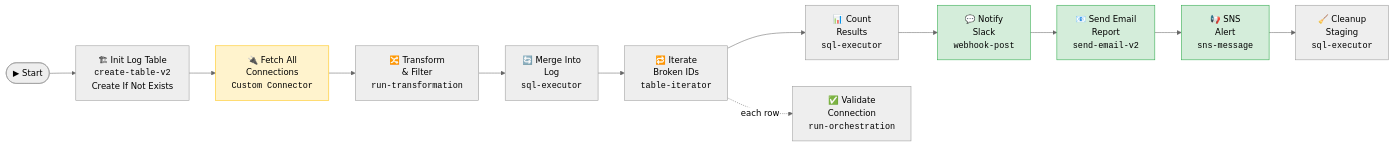
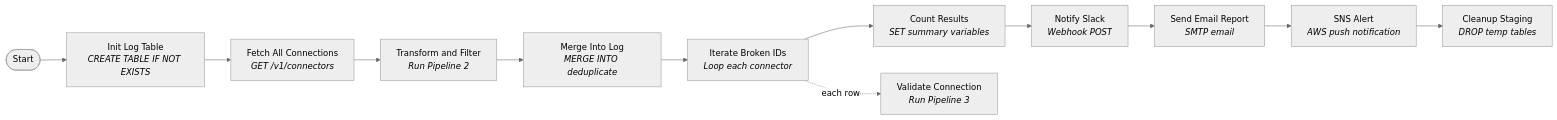
The sixth of 13 diagrams in README.md (AvinashAnalytics/matillion-fivetran-tls-auto-fix), drawn with Mermaid (neutral theme) before and after one commit. The commit also changed other lines of this file, not shown here.

````diff
--- a/README.md
+++ b/README.md
@@ -554,20 +616,15 @@
 ```mermaid
 flowchart LR
-    A(["▶ Start"]) --> B["🏗 Init Log Table<br><code>create-table-v2</code><br>Create If Not Exists"]
-    B --> C["🔌 Fetch All<br>Connections<br><code>Custom Connector</code>"]
-    C --> D["🔀 Transform<br>& Filter<br><code>run-transformation</code>"]
-    D --> E["🔄 Merge Into<br>Log<br><code>sql-executor</code>"]
-    E --> F["🔁 Iterate<br>Broken IDs<br><code>table-iterator</code>"]
-    F --> G["📊 Count<br>Results<br><code>sql-executor</code>"]
-    G --> H["💬 Notify<br>Slack<br><code>webhook-post</code>"]
-    H --> I["📧 Send Email<br>Report<br><code>send-email-v2</code>"]
-    I --> J["📢 SNS<br>Alert<br><code>sns-message</code>"]
-    J --> K["🧹 Cleanup<br>Staging<br><code>sql-executor</code>"]
+    A(["Start"]) --> B["Init Log Table<br><i>CREATE TABLE IF NOT EXISTS</i>"]
+    B --> C["Fetch All Connections<br><i>GET /v1/connectors</i>"]
+    C --> D["Transform and Filter<br><i>Run Pipeline 2</i>"]
+    D --> E["Merge Into Log<br><i>MERGE INTO deduplicate</i>"]
+    E --> F["Iterate Broken IDs<br><i>Loop each connector</i>"]
+    F --> G["Count Results<br><i>SET summary variables</i>"]
+    G --> H["Notify Slack<br><i>Webhook POST</i>"]
+    H --> I["Send Email Report<br><i>SMTP email</i>"]
+    I --> J["SNS Alert<br><i>AWS push notification</i>"]
+    J --> K["Cleanup Staging<br><i>DROP temp tables</i>"]
 
-    F -. "each row" .-> L["✅ Validate<br>Connection<br><code>run-orchestration</code>"]
-
-    style C fill:#fff3cd,stroke:#ffc107,color:#000
-    style H fill:#d4edda,stroke:#28a745,color:#000
-    style I fill:#d4edda,stroke:#28a745,color:#000
-    style J fill:#d4edda,stroke:#28a745,color:#000
+    F -. "each row" .-> L["Validate Connection<br><i>Run Pipeline 3</i>"]
 ```
````
